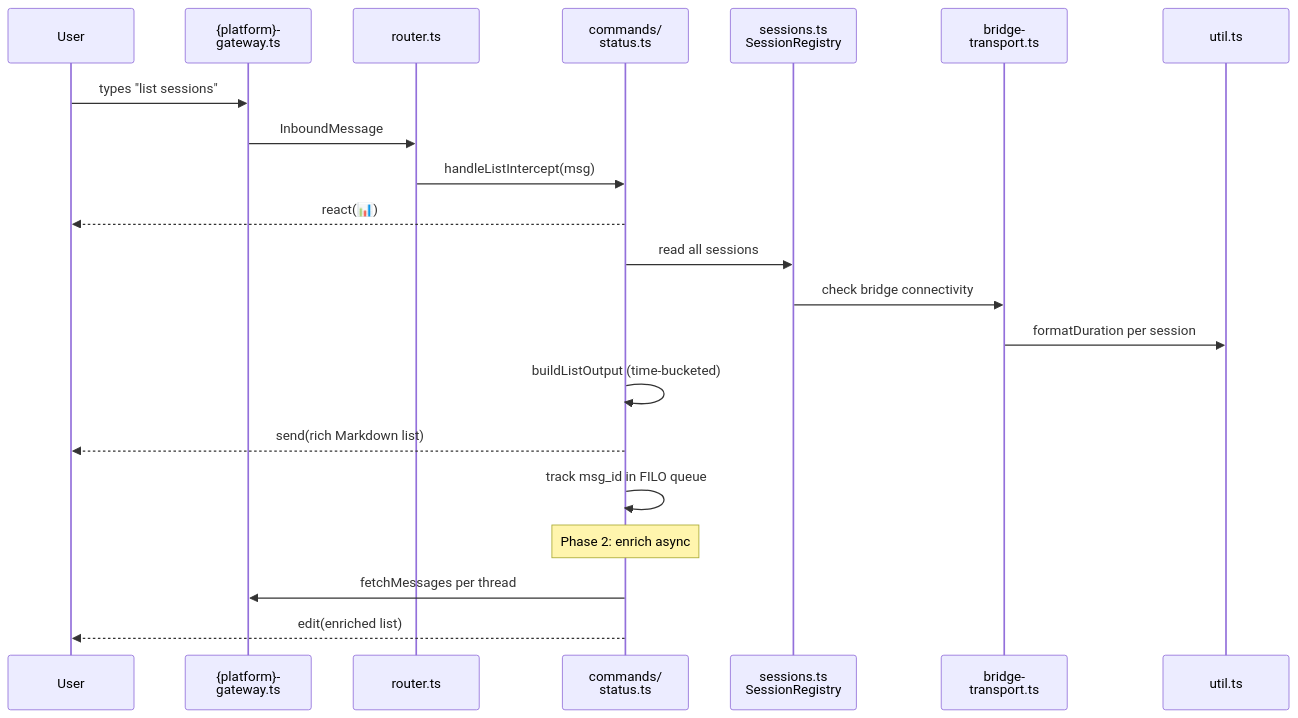
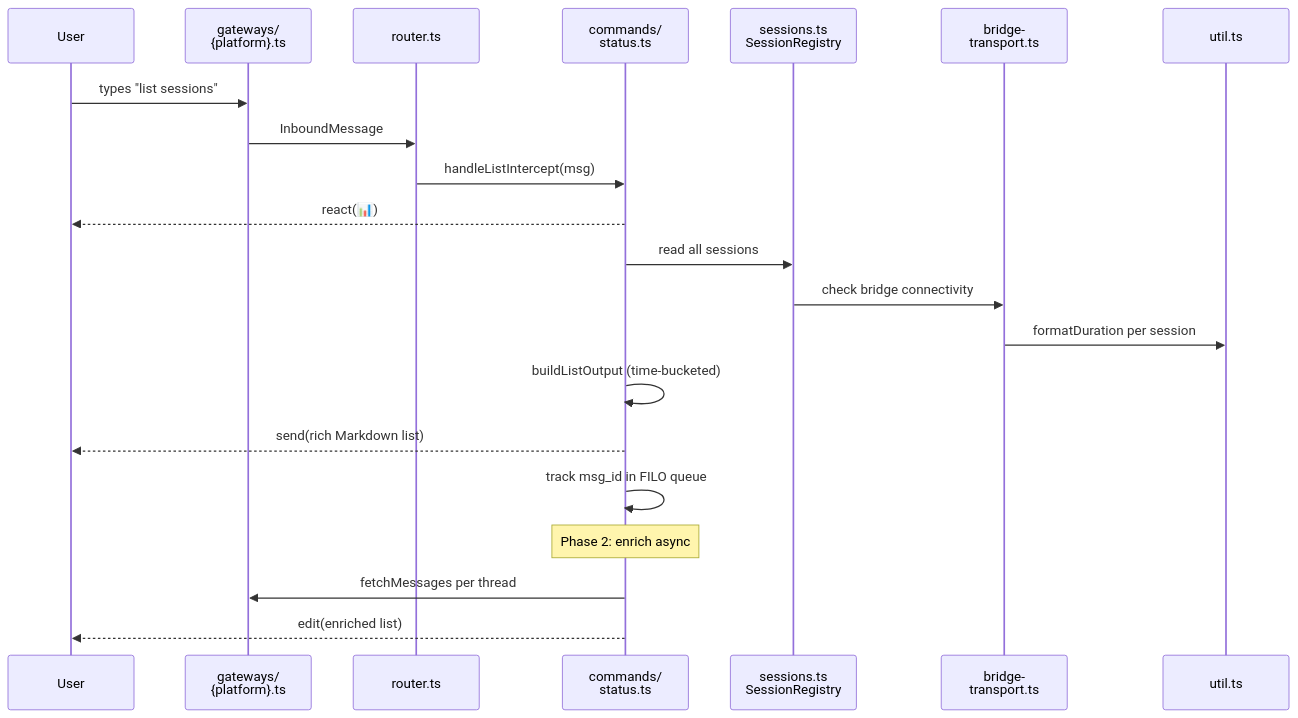
Before and after one commit to sf8193/hydra: the diagram in diagrams/flow-list-sessions.mmd, drawn with Mermaid. The commit also changed 117 other files, not shown here.

```diff
--- a/diagrams/flow-list-sessions.mmd
+++ b/diagrams/flow-list-sessions.mmd
@@ -1,25 +1,25 @@
 %% list sessions — Flow Through Layers
 %% Reads all sessions, formats time-bucketed display, enriches progressively.
 
 sequenceDiagram
     participant User
-    participant gateway as {platform}-<br/>gateway.ts
+    participant gateway as gateways/<br/>{platform}.ts
     participant router as router.ts
     participant status as commands/<br/>status.ts
     participant sessions as sessions.ts<br/>SessionRegistry
     participant transport as bridge-<br/>transport.ts
     participant util as util.ts
 
     User->>gateway: types "list sessions"
     gateway->>router: InboundMessage
     router->>status: handleListIntercept(msg)
     status-->>User: react(📊)
     status->>sessions: read all sessions
     sessions->>transport: check bridge connectivity
     transport->>util: formatDuration per session
     status->>status: buildListOutput (time-bucketed)
     status-->>User: send(rich Markdown list)
     status->>status: track msg_id in FILO queue
     Note over status: Phase 2: enrich async
     status->>gateway: fetchMessages per thread
     status-->>User: edit(enriched list)
```
